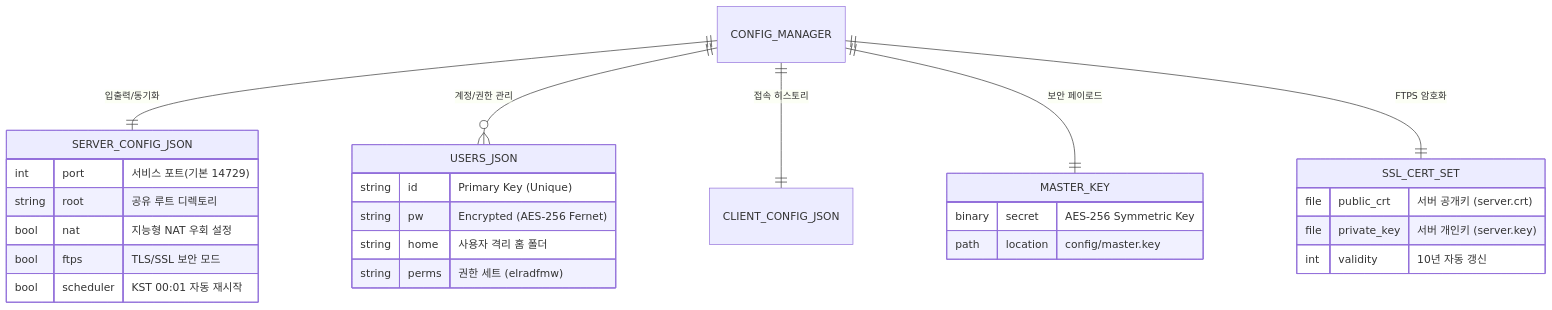
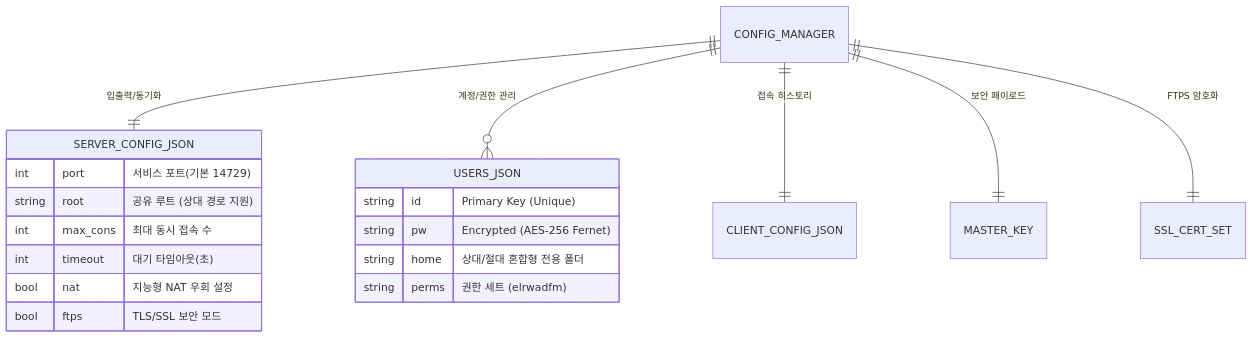
The diagram in README.md (hslcrb/simftp), drawn with Mermaid before and after one commit. The commit also changed other lines of this file, not shown here.

Commit message:
Docs: Fully synchronized README.md with the latest feature set; Documented Relative Path Architecture, Enhanced Logging, and Engine Tuning mechanisms

````diff
--- a/README.md
+++ b/README.md
@@ -12,34 +12,24 @@
 ```mermaid
 erDiagram
     CONFIG_MANAGER ||--|| SERVER_CONFIG_JSON : "입출력/동기화"
     CONFIG_MANAGER ||--o{ USERS_JSON : "계정/권한 관리"
     CONFIG_MANAGER ||--|| CLIENT_CONFIG_JSON : "접속 히스토리"
     CONFIG_MANAGER ||--|| MASTER_KEY : "보안 페이로드"
     CONFIG_MANAGER ||--|| SSL_CERT_SET : "FTPS 암호화"
 
     SERVER_CONFIG_JSON {
         int port "서비스 포트(기본 14729)"
-        string root "공유 루트 디렉토리"
+        string root "공유 루트 (상대 경로 지원)"
+        int max_cons "최대 동시 접속 수"
+        int timeout "대기 타임아웃(초)"
         bool nat "지능형 NAT 우회 설정"
         bool ftps "TLS/SSL 보안 모드"
-        bool scheduler "KST 00:01 자동 재시작"
     }
 
     USERS_JSON {
         string id "Primary Key (Unique)"
         string pw "Encrypted (AES-256 Fernet)"
-        string home "사용자 격리 홈 폴더"
-        string perms "권한 세트 (elradfmw)"
-    }
-
-    MASTER_KEY {
-        binary secret "AES-256 Symmetric Key"
-        path location "config/master.key"
-    }
-
-    SSL_CERT_SET {
-        file public_crt "서버 공개키 (server.crt)"
-        file private_key "서버 개인키 (server.key)"
-        int validity "10년 자동 갱신"
+        string home "상대/절대 혼합형 전용 폴더"
+        string perms "권한 세트 (elrwadfm)"
     }
 ```
````
